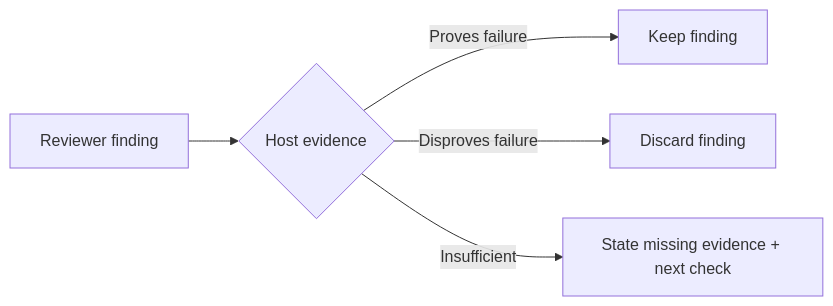
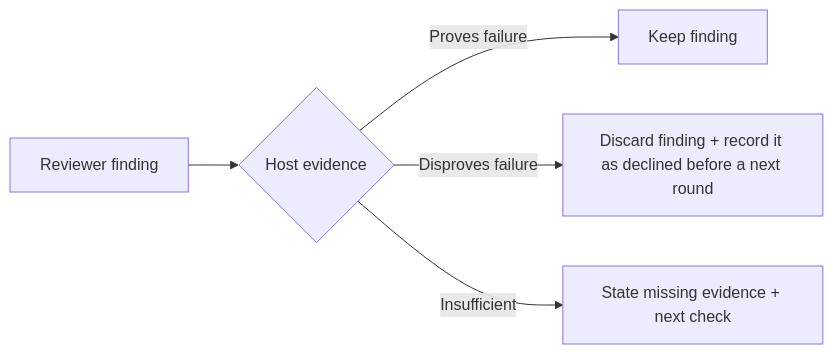
Before and after one commit to sgaabdu4/hard-eng: the diagram in .agents/skills/code-review/references/challenge.md, drawn with Mermaid. The commit also changed other lines of this file, not shown here.

Commit message:
State in the review guidance what a later review gets and when a finding is recorded as declined, because a reader found sentences that were unclear or wider than the code

````diff
--- a/.agents/skills/code-review/references/challenge.md
+++ b/.agents/skills/code-review/references/challenge.md
@@ -10,7 +11,7 @@
 ```mermaid
 flowchart LR
   F[Reviewer finding] --> V{Host evidence}
   V -->|Proves failure| K[Keep finding]
-  V -->|Disproves failure| D[Discard finding]
+  V -->|Disproves failure| D[Discard finding + record it as declined before a next round]
   V -->|Insufficient| U[State missing evidence + next check]
 ```
````
